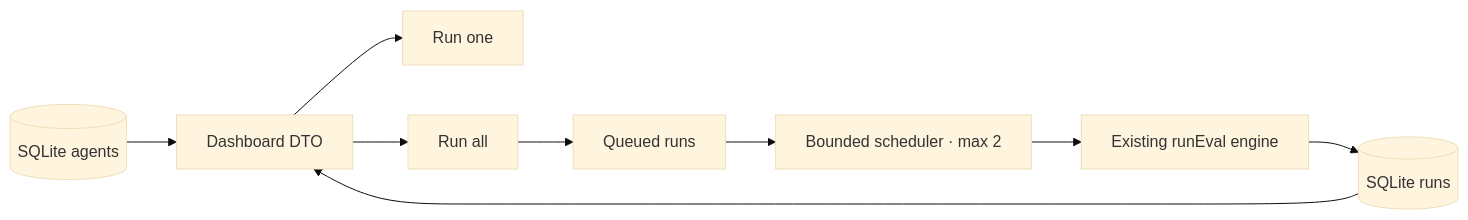
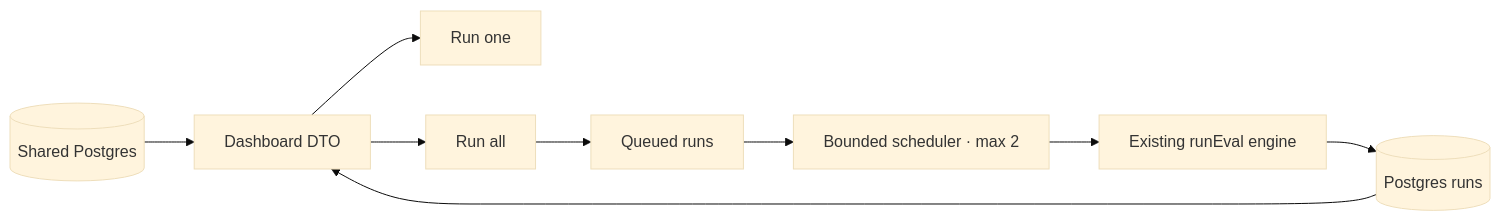
The second of 4 diagrams in README.md (isidropasman/agent-evals), drawn with Mermaid (base theme) before and after one commit. The commit also changed other lines of this file and 131 other files, not shown here.

````diff
--- a/README.md
+++ b/README.md
@@ -66,11 +66,11 @@
 ```mermaid
 flowchart LR
-    R[(SQLite agents)] --> D[Dashboard DTO]
+    R[(Shared Postgres)] --> D[Dashboard DTO]
     D --> O[Run one]
     D --> B[Run all]
     B --> Q[Queued runs]
     Q --> S[Bounded scheduler · max 2]
     S --> E[Existing runEval engine]
-    E --> H[(SQLite runs)]
+    E --> H[(Postgres runs)]
     H --> D
 ```
````
